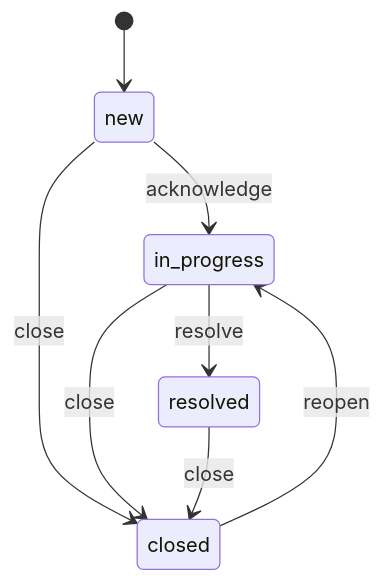
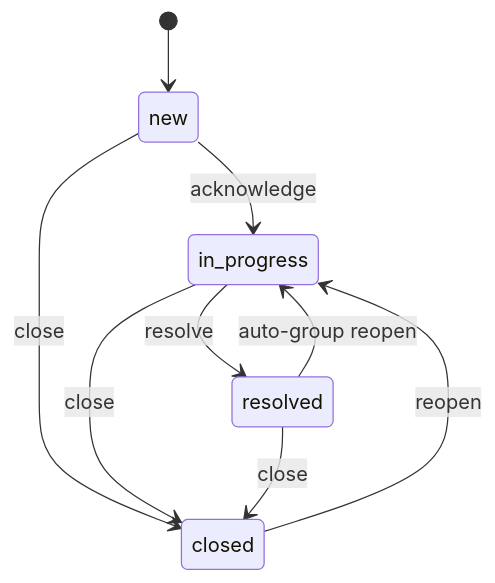
One commit to refractionPOINT/documentation changed the diagram in docs/5-integrations/extensions/limacharlie/cases.md. Above: the diagram before and after it, drawn with Mermaid. The commit also changed other lines of this file, not shown here.

First line of the commit message:
docs: note auto-grouping resolved→in_progress reopen path

````diff
--- a/docs/5-integrations/extensions/limacharlie/cases.md
+++ b/docs/5-integrations/extensions/limacharlie/cases.md
@@ -71,10 +71,11 @@
 ```mermaid
 stateDiagram-v2
     [*] --> new
     new --> in_progress: acknowledge
     new --> closed: close
     in_progress --> resolved: resolve
     in_progress --> closed: close
     resolved --> closed: close
+    resolved --> in_progress: auto-group reopen
     closed --> in_progress: reopen
 ```
````
